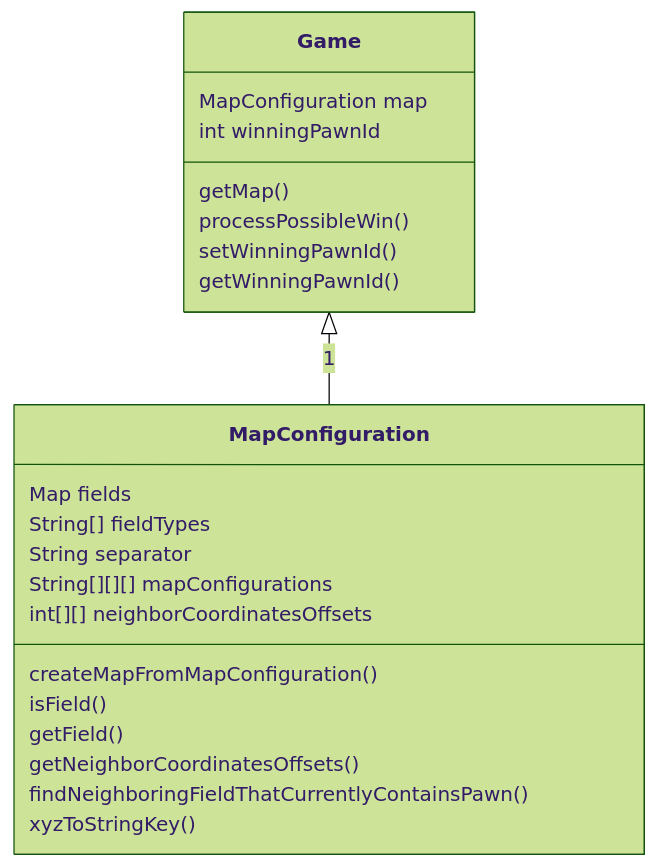
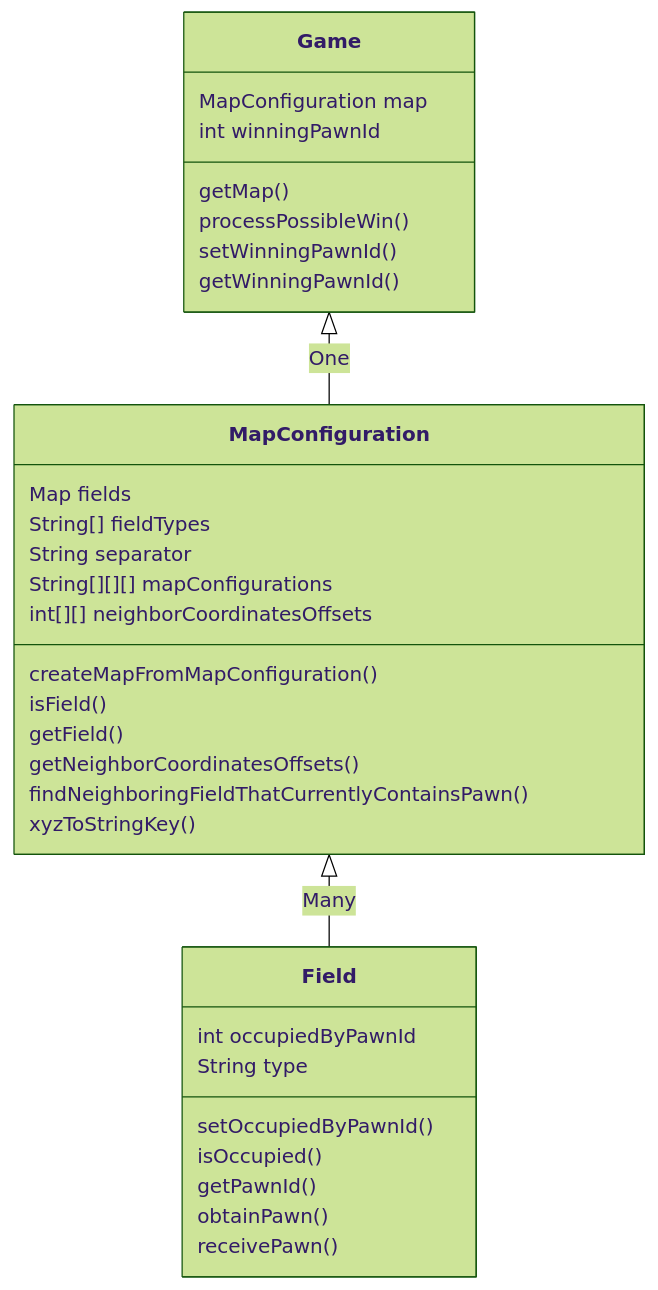
One commit to stijnlinderman/eldorado changed the second of 2 diagrams in ARCHITECTURE.md. Above: the diagram before and after it, drawn with Mermaid (forest theme). The commit also changed 1 other file, not shown here.

````diff
--- a/ARCHITECTURE.md
+++ b/ARCHITECTURE.md
@@ -13,21 +13,29 @@
 ```mermaid
 classDiagram
-	Game <|-- MapConfiguration : 1
+	Game <|-- MapConfiguration : One
 	Game : MapConfiguration map
 	Game : int winningPawnId
 	Game : getMap()
 	Game : processPossibleWin()
 	Game : setWinningPawnId()
 	Game : getWinningPawnId()
 	MapConfiguration : Map<String,Field> fields
 	MapConfiguration : String[] fieldTypes
 	MapConfiguration : String separator
 	MapConfiguration : String[][][] mapConfigurations
 	MapConfiguration : int[][] neighborCoordinatesOffsets
 	MapConfiguration : createMapFromMapConfiguration()
 	MapConfiguration : isField()
 	MapConfiguration : getField()
 	MapConfiguration : getNeighborCoordinatesOffsets()
 	MapConfiguration : findNeighboringFieldThatCurrentlyContainsPawn()
 	MapConfiguration : xyzToStringKey()
+	MapConfiguration <|-- Field : Many
+	Field : int occupiedByPawnId
+	Field : String type
+	Field : setOccupiedByPawnId()
+	Field : isOccupied()
+	Field : getPawnId()
+	Field : obtainPawn()
+	Field : receivePawn()
 ```
````
